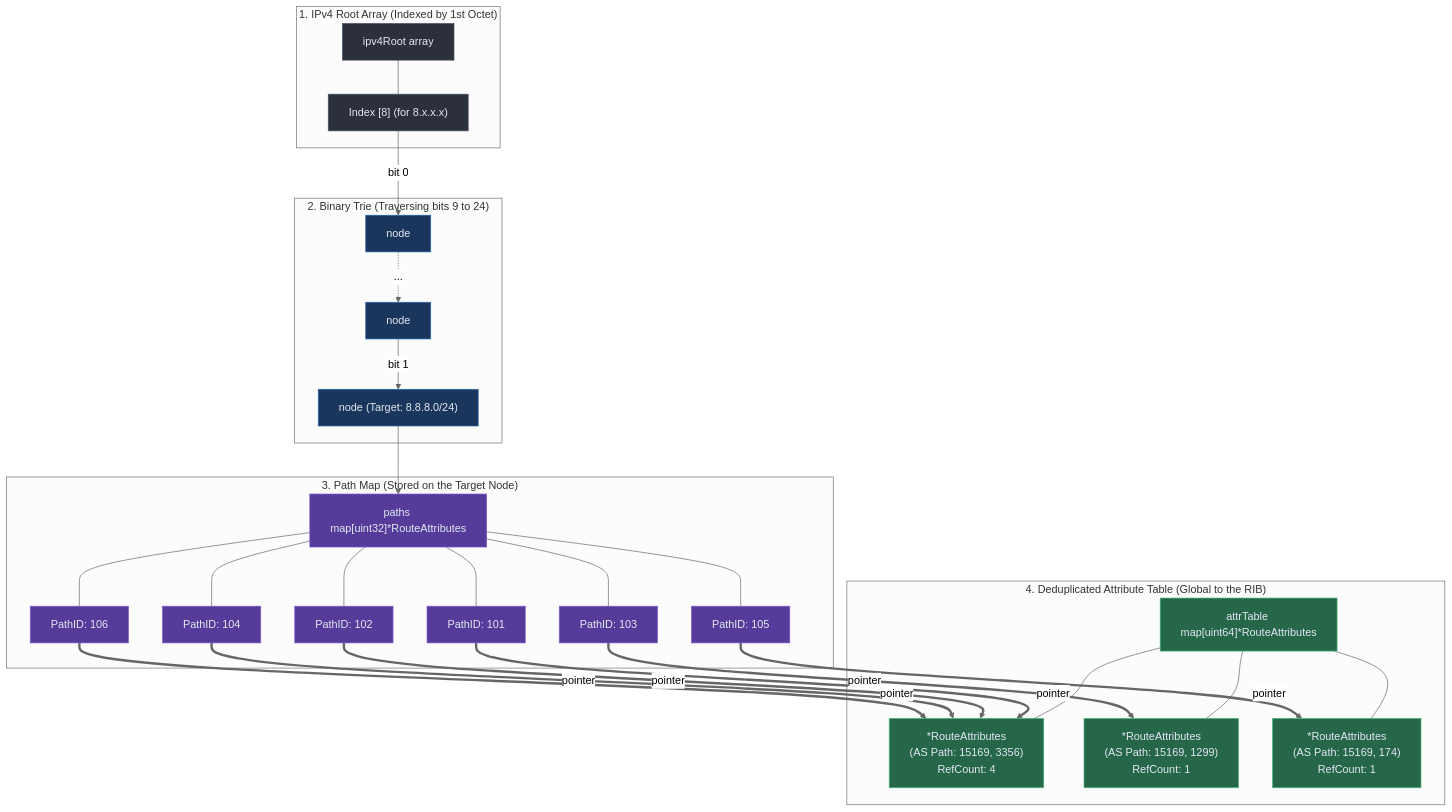
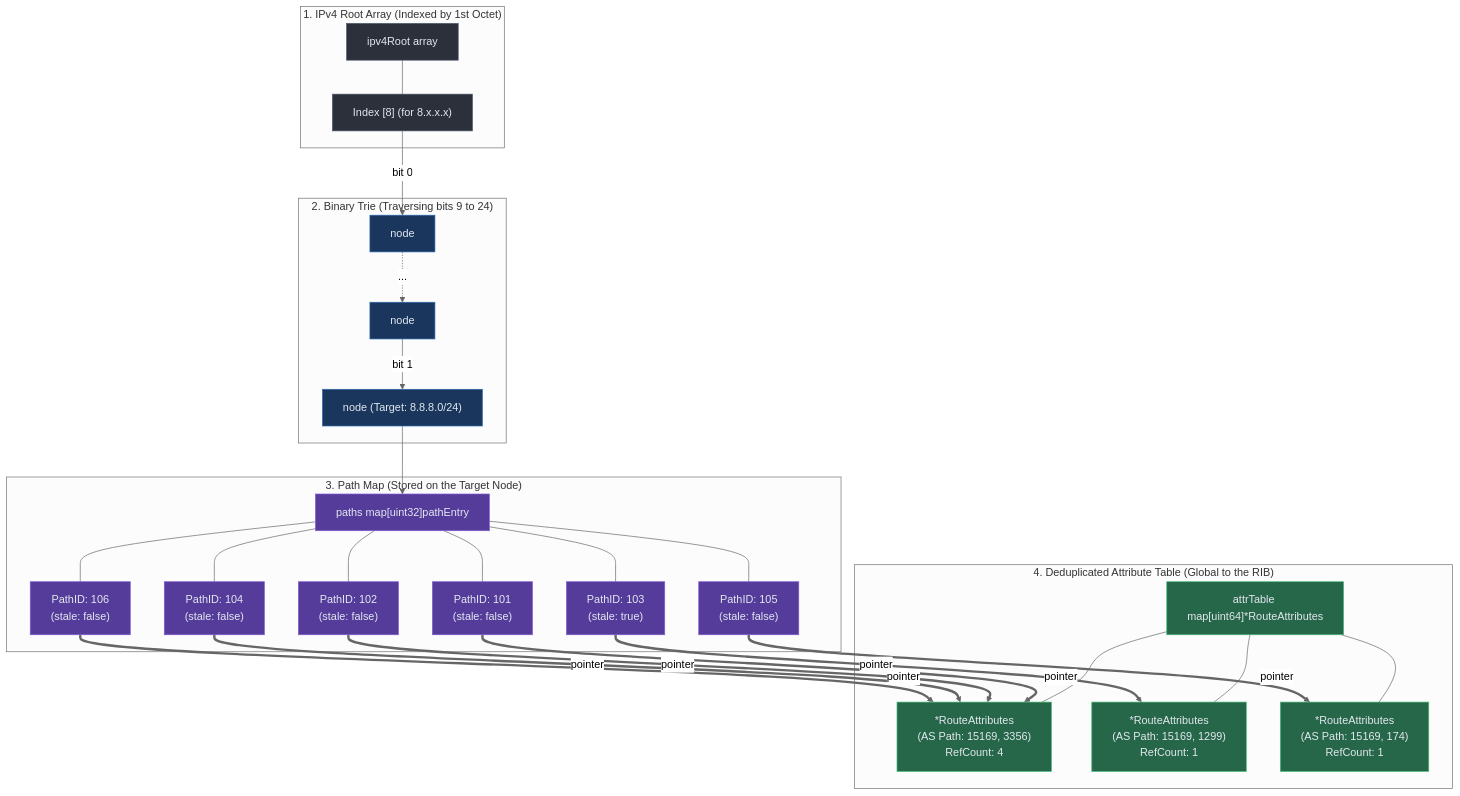
The diagram in README.md (mellowdrifter/routing_table), drawn with Mermaid (neutral theme) before and after one commit. The commit also changed 5 other files, not shown here.

````diff
--- a/README.md
+++ b/README.md
@@ -18,62 +18,62 @@
 ```mermaid
 graph TD
     classDef array fill:#2b303a,stroke:#4a5568,color:#e2e8f0
     classDef node fill:#1a365d,stroke:#2b6cb0,color:#e2e8f0
     classDef map fill:#553c9a,stroke:#805ad5,color:#e2e8f0
     classDef attr fill:#276749,stroke:#48bb78,color:#e2e8f0
     
     subgraph "1. IPv4 Root Array (Indexed by 1st Octet)"
         Root[ipv4Root array]:::array
         Idx["Index [8] (for 8.x.x.x)"]:::array
         Root --- Idx
     end
 
     subgraph "2. Binary Trie (Traversing bits 9 to 24)"
         Node1[node]:::node
         Node2[node]:::node
         Node3["node (Target: 8.8.8.0/24)"]:::node
         
         Idx -->|bit 0| Node1
         Node1 -.->|...| Node2
         Node2 -->|bit 1| Node3
     end
 
     subgraph "3. Path Map (Stored on the Target Node)"
-        PathsMap["paths map[uint32]*RouteAttributes"]:::map
+        PathsMap["paths map[uint32]pathEntry"]:::map
         
-        Path1["PathID: 101"]:::map
-        Path2["PathID: 102"]:::map
-        Path3["PathID: 103"]:::map
-        Path4["PathID: 104"]:::map
-        Path5["PathID: 105"]:::map
-        Path6["PathID: 106"]:::map
+        Path1["PathID: 101<br/>(stale: false)"]:::map
+        Path2["PathID: 102<br/>(stale: false)"]:::map
+        Path3["PathID: 103<br/>(stale: true)"]:::map
+        Path4["PathID: 104<br/>(stale: false)"]:::map
+        Path5["PathID: 105<br/>(stale: false)"]:::map
+        Path6["PathID: 106<br/>(stale: false)"]:::map
         
         Node3 --> PathsMap
         PathsMap --- Path1
         PathsMap --- Path2
         PathsMap --- Path3
         PathsMap --- Path4
         PathsMap --- Path5
         PathsMap --- Path6
     end
 
     subgraph "4. Deduplicated Attribute Table (Global to the RIB)"
         AttrTable["attrTable map[uint64]*RouteAttributes"]:::attr
         
         AttrA["*RouteAttributes<br/>(AS Path: 15169, 3356)<br/>RefCount: 4"]:::attr
         AttrB["*RouteAttributes<br/>(AS Path: 15169, 1299)<br/>RefCount: 1"]:::attr
         AttrC["*RouteAttributes<br/>(AS Path: 15169, 174)<br/>RefCount: 1"]:::attr
         
         AttrTable --- AttrA
         AttrTable --- AttrB
         AttrTable --- AttrC
     end
 
     %% Pointers from Path Map to Deduplicated Attributes
     Path1 ==>|pointer| AttrA
     Path2 ==>|pointer| AttrA
     Path3 ==>|pointer| AttrB
     Path4 ==>|pointer| AttrA
     Path5 ==>|pointer| AttrC
     Path6 ==>|pointer| AttrA
 ```
````
